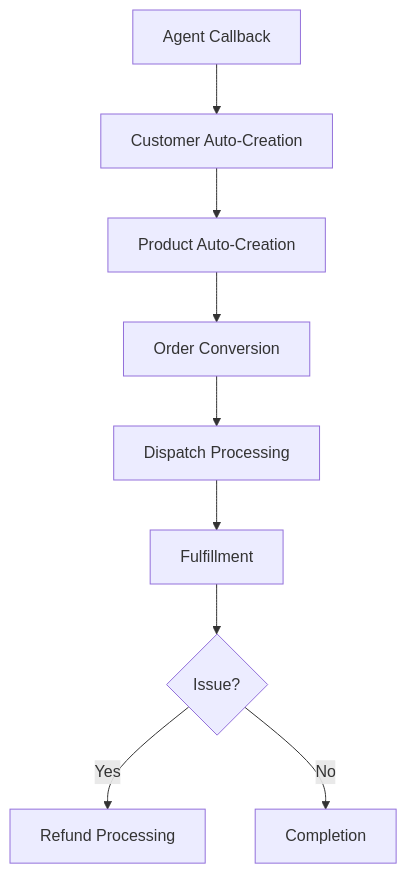
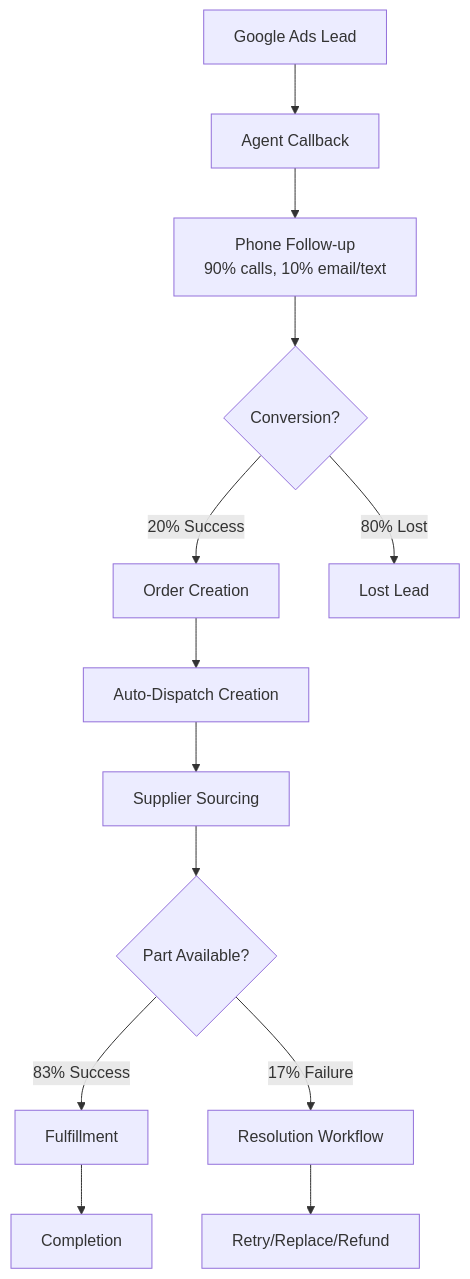
One commit to Talhakhan-pm/crmautoxpress_v1 changed the diagram in AUTOXPRESS_CRM_ANALYSIS.md. Above: the diagram before and after it, drawn with Mermaid. The commit also changed other lines of this file and 4 other files, not shown here.

````diff
--- a/AUTOXPRESS_CRM_ANALYSIS.md
+++ b/AUTOXPRESS_CRM_ANALYSIS.md
@@ -69,11 +81,15 @@
 ```mermaid
 graph TD
-    A[Agent Callback] --> B[Customer Auto-Creation]
-    B --> C[Product Auto-Creation]
-    C --> D[Order Conversion]
-    D --> E[Dispatch Processing]
-    E --> F[Fulfillment]
-    F --> G{Issue?}
-    G -->|Yes| H[Refund Processing]
-    G -->|No| I[Completion]
+    A[Google Ads Lead] --> B[Agent Callback]
+    B --> C[Phone Follow-up<br/>90% calls, 10% email/text]
+    C --> D{Conversion?}
+    D -->|20% Success| E[Order Creation]
+    D -->|80% Lost| F[Lost Lead]
+    E --> G[Auto-Dispatch Creation]
+    G --> H[Supplier Sourcing]
+    H --> I{Part Available?}
+    I -->|83% Success| J[Fulfillment]
+    I -->|17% Failure| K[Resolution Workflow]
+    K --> L[Retry/Replace/Refund]
+    J --> M[Completion]
 ```
````
